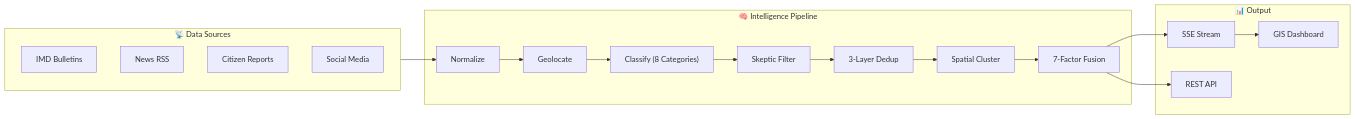
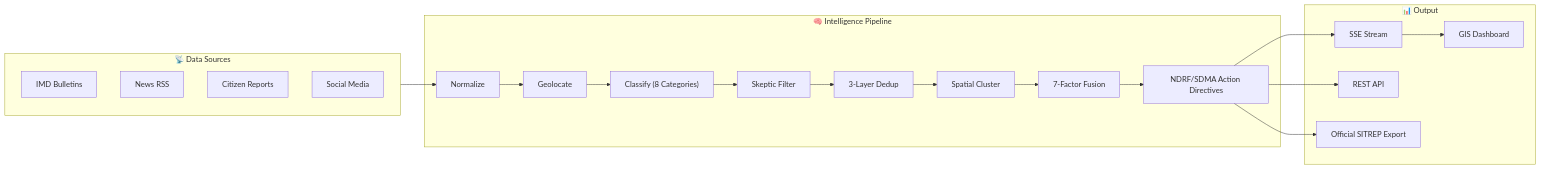
The diagram in docs/WALKTHROUGH.md (Ayush-Raj-Chourasia/AtmosAI), drawn with Mermaid before and after one commit. The commit also changed other lines of this file and 4 other files, not shown here.

First line of the commit message:
feat: automated NDRF/SDMA operational directives, official IMD/NDMA SITREP export, and 46/46 test coverage

````diff
--- a/docs/WALKTHROUGH.md
+++ b/docs/WALKTHROUGH.md
@@ -12,25 +12,28 @@
 ```mermaid
 flowchart LR
     subgraph Sources["📡 Data Sources"]
         IMD["IMD Bulletins"]
         NEWS["News RSS"]
         CITIZEN["Citizen Reports"]
         SOCIAL["Social Media"]
     end
     subgraph Pipeline["🧠 Intelligence Pipeline"]
         NORM["Normalize"] --> GEO["Geolocate"]
         GEO --> CLASS["Classify (8 Categories)"]
         CLASS --> SKEPTIC["Skeptic Filter"]
         SKEPTIC --> DEDUP["3-Layer Dedup"]
         DEDUP --> CLUSTER["Spatial Cluster"]
         CLUSTER --> FUSION["7-Factor Fusion"]
+        FUSION --> DIRECTIVES["NDRF/SDMA Action Directives"]
     end
     subgraph Output["📊 Output"]
         SSE["SSE Stream"]
         DASH["GIS Dashboard"]
         API["REST API"]
+        SITREP["Official SITREP Export"]
     end
     Sources --> NORM
-    FUSION --> SSE --> DASH
-    FUSION --> API
+    DIRECTIVES --> SSE --> DASH
+    DIRECTIVES --> API
+    DIRECTIVES --> SITREP
 ```
````
